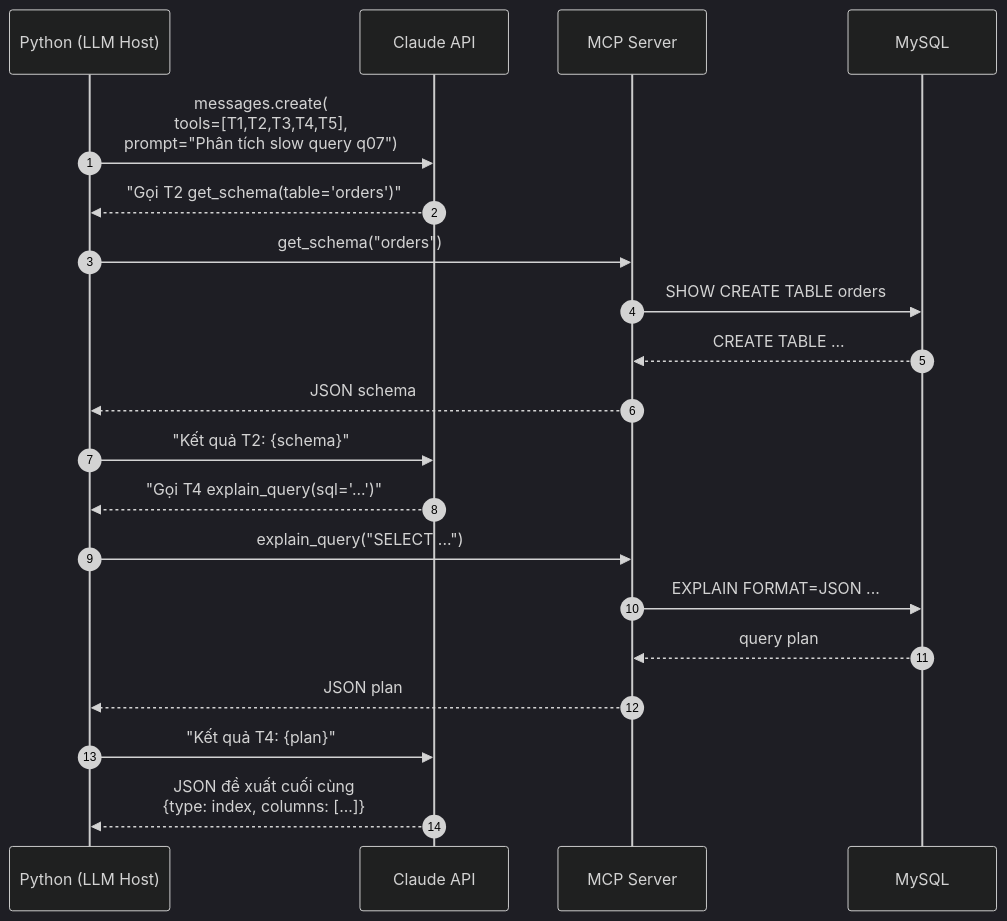
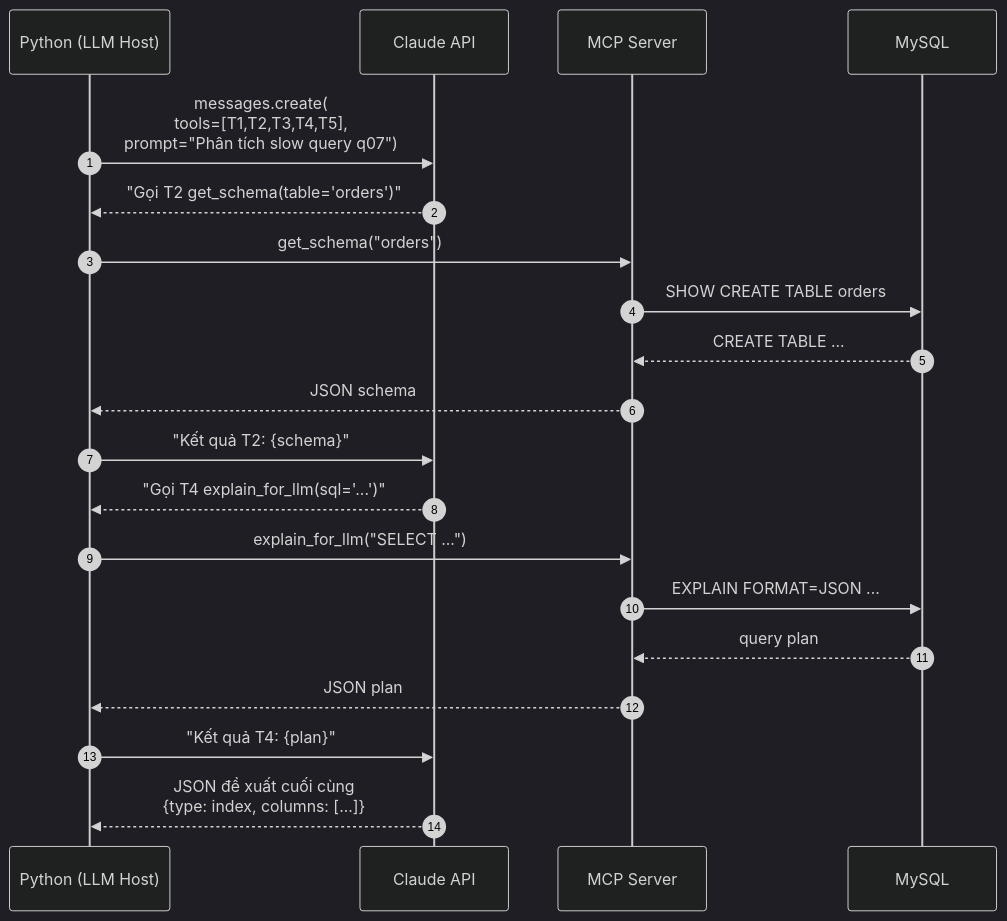
Before and after one commit to lam-vu6868/mcp-slowquery-optimizer: the second of 8 diagrams in docs/architecture.md, drawn with Mermaid (dark theme). The commit also changed other lines of this file and 15 other files, not shown here.

Commit message:
fix: nội dung file architecture và comment lại các file liên quan

````diff
--- a/docs/architecture.md
+++ b/docs/architecture.md
@@ -182,23 +187,23 @@
 ```mermaid
 sequenceDiagram
     autonumber
     participant PY as Python (LLM Host)
     participant CL as Claude API
     participant MCP as MCP Server
     participant DB as MySQL
 
     PY->>CL: messages.create(<br/>tools=[T1,T2,T3,T4,T5],<br/>prompt="Phân tích slow query q07")
     CL-->>PY: "Gọi T2 get_schema(table='orders')"
     PY->>MCP: get_schema("orders")
     MCP->>DB: SHOW CREATE TABLE orders
     DB-->>MCP: CREATE TABLE ...
     MCP-->>PY: JSON schema
     PY->>CL: "Kết quả T2: {schema}"
-    CL-->>PY: "Gọi T4 explain_query(sql='...')"
-    PY->>MCP: explain_query("SELECT ...")
+    CL-->>PY: "Gọi T4 explain_for_llm(sql='...')"
+    PY->>MCP: explain_for_llm("SELECT ...")
     MCP->>DB: EXPLAIN FORMAT=JSON ...
     DB-->>MCP: query plan
     MCP-->>PY: JSON plan
     PY->>CL: "Kết quả T4: {plan}"
     CL-->>PY: JSON đề xuất cuối cùng<br/>{type: index, columns: [...]}
 ```
````
